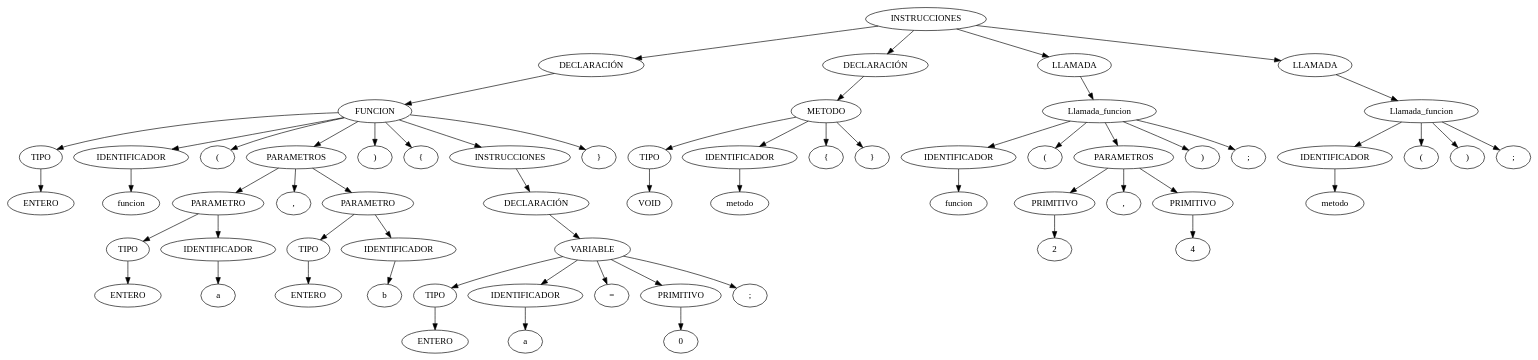
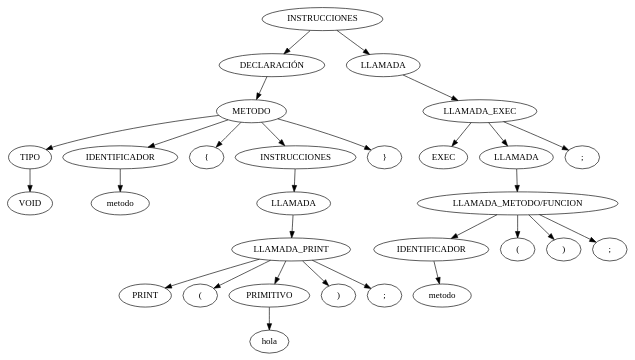
The diagram in arbol.dot (Jodyannre/-OLC1-Proyecto2-201115018), drawn with Graphviz before and after one commit. The commit also changed 6 other files, not shown here.

First line of the commit message:
Exec y Print

```diff
--- a/arbol.dot
+++ b/arbol.dot
@@ -1,125 +1,59 @@
 digraph {
 n0[label="INSTRUCCIONES"];
 n1[label="DECLARACIÓN"];
 n0->n1;
-n2[label="FUNCION"];
+n2[label="METODO"];
 n1->n2;
 n3[label="TIPO"];
 n2->n3;
-n4[label="ENTERO"];
+n4[label="VOID"];
 n3->n4;
 n5[label="IDENTIFICADOR"];
 n2->n5;
-n6[label="funcion"];
+n6[label="metodo"];
 n5->n6;
-n7[label="("];
+n7[label="{"];
 n2->n7;
-n8[label="PARAMETROS"];
+n8[label="INSTRUCCIONES"];
 n2->n8;
-n9[label="PARAMETRO"];
+n9[label="LLAMADA"];
 n8->n9;
-n10[label="TIPO"];
+n10[label="LLAMADA_PRINT"];
 n9->n10;
-n11[label="ENTERO"];
+n11[label="PRINT"];
 n10->n11;
-n12[label="IDENTIFICADOR"];
-n9->n12;
-n13[label="a"];
-n12->n13;
-n14[label=","];
-n8->n14;
-n15[label="PARAMETRO"];
-n8->n15;
-n16[label="TIPO"];
-n15->n16;
-n17[label="ENTERO"];
-n16->n17;
-n18[label="IDENTIFICADOR"];
-n15->n18;
-n19[label="b"];
+n12[label="("];
+n10->n12;
+n13[label="PRIMITIVO"];
+n10->n13;
+n14[label="hola"];
+n13->n14;
+n15[label=")"];
+n10->n15;
+n16[label=";"];
+n10->n16;
+n17[label="}"];
+n2->n17;
+n18[label="LLAMADA"];
+n0->n18;
+n19[label="LLAMADA_EXEC"];
 n18->n19;
-n20[label=")"];
-n2->n20;
-n21[label="{"];
-n2->n21;
-n22[label="INSTRUCCIONES"];
-n2->n22;
-n23[label="DECLARACIÓN"];
+n20[label="EXEC"];
+n19->n20;
+n21[label="LLAMADA"];
+n19->n21;
+n22[label="LLAMADA_METODO/FUNCION"];
+n21->n22;
+n23[label="IDENTIFICADOR"];
 n22->n23;
-n24[label="VARIABLE"];
+n24[label="metodo"];
 n23->n24;
-n25[label="TIPO"];
-n24->n25;
-n26[label="ENTERO"];
-n25->n26;
-n27[label="IDENTIFICADOR"];
-n24->n27;
-n28[label="a"];
-n27->n28;
-n29[label="="];
-n24->n29;
-n30[label="PRIMITIVO"];
-n24->n30;
-n31[label="0"];
-n30->n31;
-n32[label=";"];
-n24->n32;
-n33[label="}"];
-n2->n33;
-n34[label="DECLARACIÓN"];
-n0->n34;
-n35[label="METODO"];
-n34->n35;
-n36[label="TIPO"];
-n35->n36;
-n37[label="VOID"];
-n36->n37;
-n38[label="IDENTIFICADOR"];
-n35->n38;
-n39[label="metodo"];
-n38->n39;
-n40[label="{"];
-n35->n40;
-n41[label="}"];
-n35->n41;
-n42[label="LLAMADA"];
-n0->n42;
-n43[label="Llamada_funcion"];
-n42->n43;
-n44[label="IDENTIFICADOR"];
-n43->n44;
-n45[label="funcion"];
-n44->n45;
-n46[label="("];
-n43->n46;
-n47[label="PARAMETROS"];
-n43->n47;
-n48[label="PRIMITIVO"];
-n47->n48;
-n49[label="2"];
-n48->n49;
-n50[label=","];
-n47->n50;
-n51[label="PRIMITIVO"];
-n47->n51;
-n52[label="4"];
-n51->n52;
-n53[label=")"];
-n43->n53;
-n54[label=";"];
-n43->n54;
-n55[label="LLAMADA"];
-n0->n55;
-n56[label="Llamada_funcion"];
-n55->n56;
-n57[label="IDENTIFICADOR"];
-n56->n57;
-n58[label="metodo"];
-n57->n58;
-n59[label="("];
-n56->n59;
-n60[label=")"];
-n56->n60;
-n61[label=";"];
-n56->n61;
+n25[label="("];
+n22->n25;
+n26[label=")"];
+n22->n26;
+n27[label=";"];
+n22->n27;
+n28[label=";"];
+n19->n28;
 }
```
